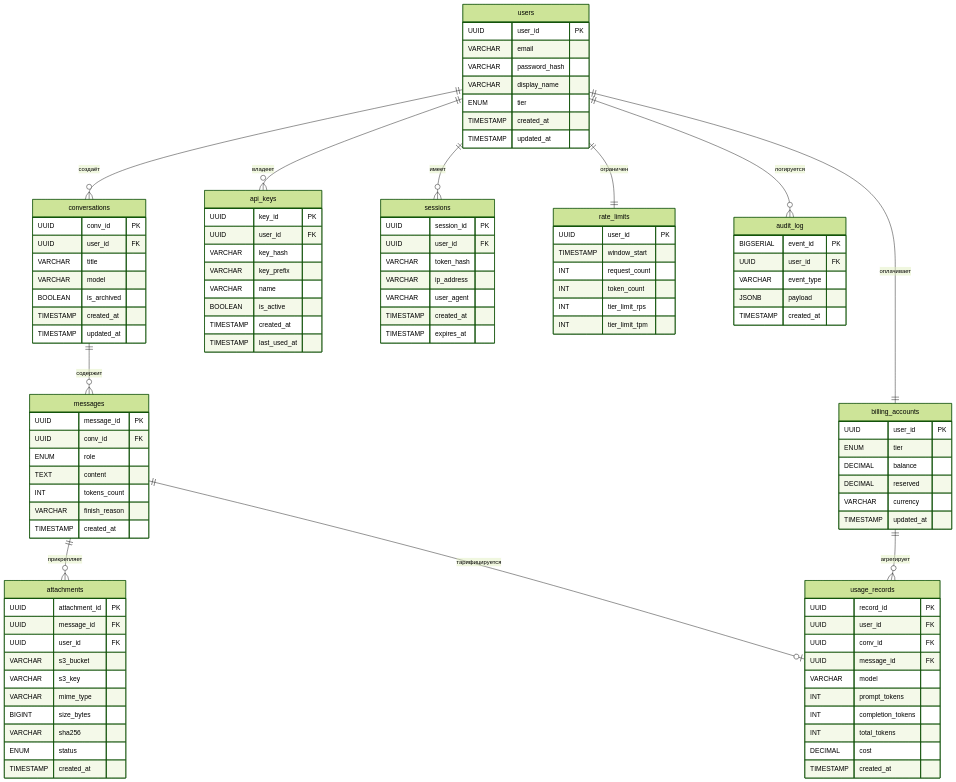
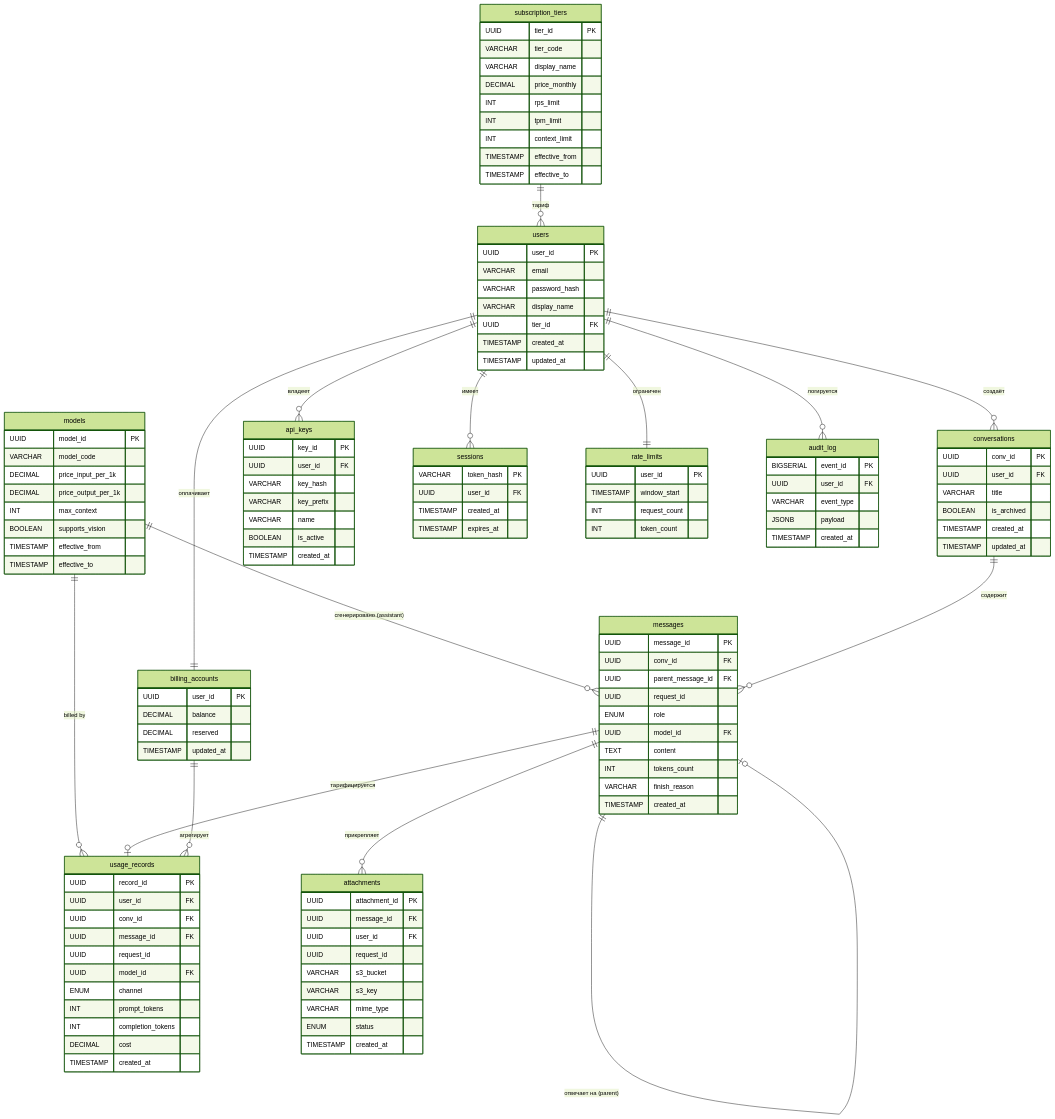
One commit to yaksase/highload_hse changed the third of 7 diagrams in README.md. Above: the diagram before and after it, drawn with Mermaid (forest theme). The commit also changed other lines of this file and 2 other files, not shown here.

````diff
--- a/README.md
+++ b/README.md
@@ -633,22 +636,49 @@
 ```mermaid
 erDiagram
+    subscription_tiers ||--o{ users : "тариф"
+    models ||--o{ messages : "сгенерировано (assistant)"
+    models ||--o{ usage_records : "billed by"
     users ||--o{ conversations : "создаёт"
     users ||--o{ api_keys : "владеет"
     users ||--o{ sessions : "имеет"
     users ||--|| rate_limits : "ограничен"
     users ||--|| billing_accounts : "оплачивает"
     conversations ||--o{ messages : "содержит"
+    messages ||--o| messages : "отвечает на (parent)"
     messages ||--o{ attachments : "прикрепляет"
     messages ||--o| usage_records : "тарифицируется"
     billing_accounts ||--o{ usage_records : "агрегирует"
     users ||--o{ audit_log : "логируется"
+
+    subscription_tiers {
+        UUID tier_id PK
+        VARCHAR tier_code
+        VARCHAR display_name
+        DECIMAL price_monthly
+        INT rps_limit
+        INT tpm_limit
+        INT context_limit
+        TIMESTAMP effective_from
+        TIMESTAMP effective_to
+    }
+
+    models {
+        UUID model_id PK
+        VARCHAR model_code
+        DECIMAL price_input_per_1k
+        DECIMAL price_output_per_1k
+        INT max_context
+        BOOLEAN supports_vision
+        TIMESTAMP effective_from
+        TIMESTAMP effective_to
+    }
 
     users {
         UUID user_id PK
         VARCHAR email
         VARCHAR password_hash
         VARCHAR display_name
-        ENUM tier
+        UUID tier_id FK
         TIMESTAMP created_at
         TIMESTAMP updated_at
     }
@@ -657,7 +687,6 @@
         UUID conv_id PK
         UUID user_id FK
         VARCHAR title
-        VARCHAR model
         BOOLEAN is_archived
         TIMESTAMP created_at
         TIMESTAMP updated_at
@@ -666,7 +695,10 @@
     messages {
         UUID message_id PK
         UUID conv_id FK
+        UUID parent_message_id FK
+        UUID request_id
         ENUM role
+        UUID model_id FK
         TEXT content
         INT tokens_count
         VARCHAR finish_reason
@@ -681,15 +713,11 @@
         VARCHAR name
         BOOLEAN is_active
         TIMESTAMP created_at
-        TIMESTAMP last_used_at
     }
 
     sessions {
-        UUID session_id PK
+        VARCHAR token_hash PK
         UUID user_id FK
-        VARCHAR token_hash
-        VARCHAR ip_address
-        VARCHAR user_agent
         TIMESTAMP created_at
         TIMESTAMP expires_at
     }
@@ -699,10 +727,11 @@
         UUID user_id FK
         UUID conv_id FK
         UUID message_id FK
-        VARCHAR model
+        UUID request_id
+        UUID model_id FK
+        ENUM channel
         INT prompt_tokens
         INT completion_tokens
-        INT total_tokens
         DECIMAL cost
         TIMESTAMP created_at
     }
@@ -712,16 +741,12 @@
         TIMESTAMP window_start
         INT request_count
         INT token_count
-        INT tier_limit_rps
-        INT tier_limit_tpm
     }
 
     billing_accounts {
         UUID user_id PK
-        ENUM tier
         DECIMAL balance
         DECIMAL reserved
-        VARCHAR currency
         TIMESTAMP updated_at
     }
 
@@ -729,11 +754,10 @@
         UUID attachment_id PK
         UUID message_id FK
         UUID user_id FK
+        UUID request_id
         VARCHAR s3_bucket
         VARCHAR s3_key
         VARCHAR mime_type
-        BIGINT size_bytes
-        VARCHAR sha256
         ENUM status
         TIMESTAMP created_at
     }
````
